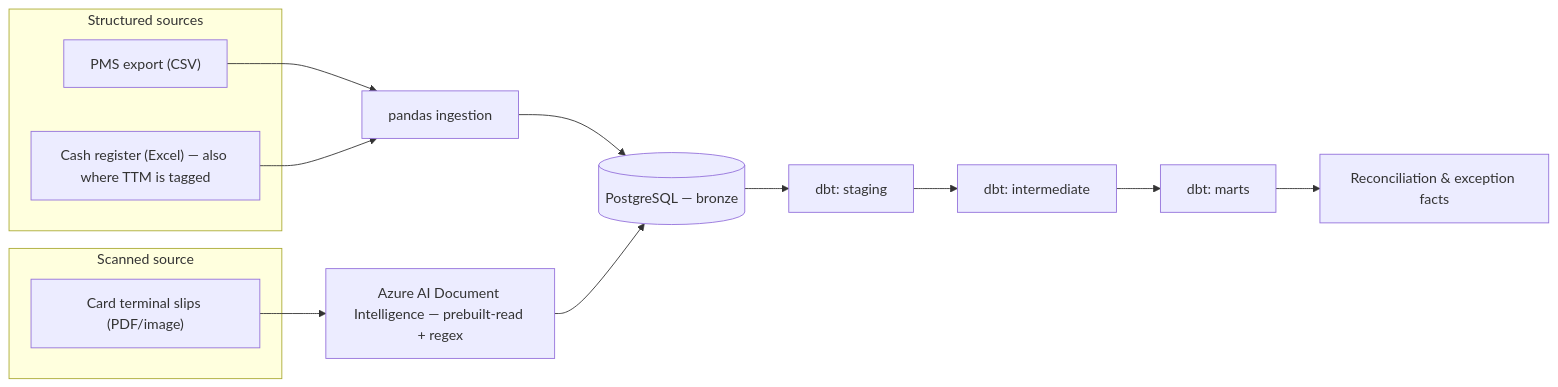
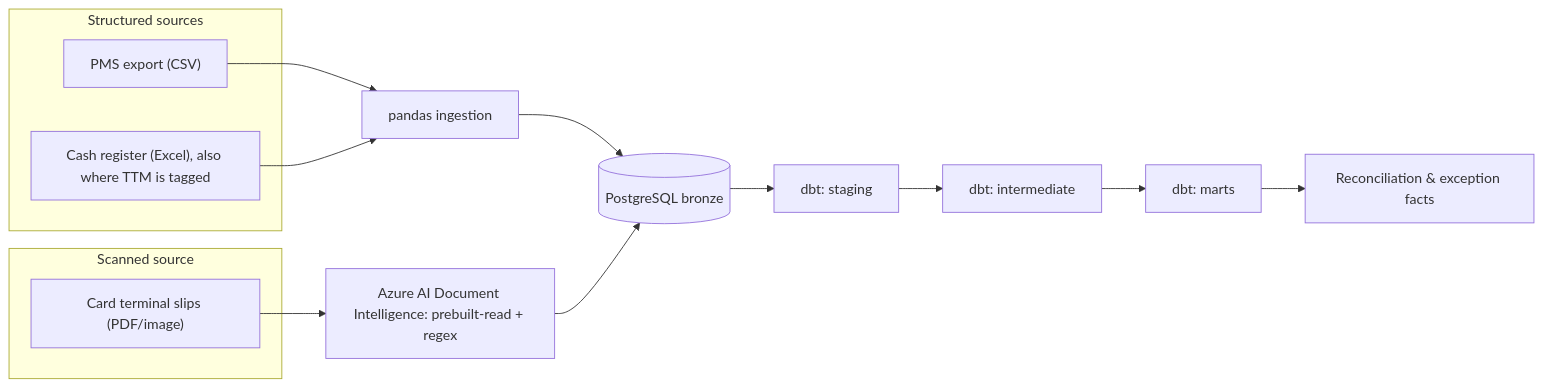
One commit to franciscovmcunha/revenue-reconciliation-engine changed the diagram in README.md. Above: the diagram before and after it, drawn with Mermaid. The commit also changed other lines of this file, not shown here.

````diff
--- a/README.md
+++ b/README.md
@@ -39,17 +41,17 @@
 ```mermaid
 flowchart LR
     subgraph Structured["Structured sources"]
         PMS["PMS export (CSV)"]
-        Cash["Cash register (Excel) — also where TTM is tagged"]
+        Cash["Cash register (Excel), also where TTM is tagged"]
     end
     subgraph Scanned["Scanned source"]
         Card["Card terminal slips (PDF/image)"]
     end
     PMS --> Pandas["pandas ingestion"]
     Cash --> Pandas
-    Card --> DI["Azure AI Document Intelligence — prebuilt-read + regex"]
-    Pandas --> Bronze[("PostgreSQL — bronze")]
+    Card --> DI["Azure AI Document Intelligence: prebuilt-read + regex"]
+    Pandas --> Bronze[("PostgreSQL bronze")]
     DI --> Bronze
     Bronze --> Staging["dbt: staging"] --> Intermediate["dbt: intermediate"] --> Marts["dbt: marts"]
     Marts --> Exceptions["Reconciliation & exception facts"]
 ```
````
